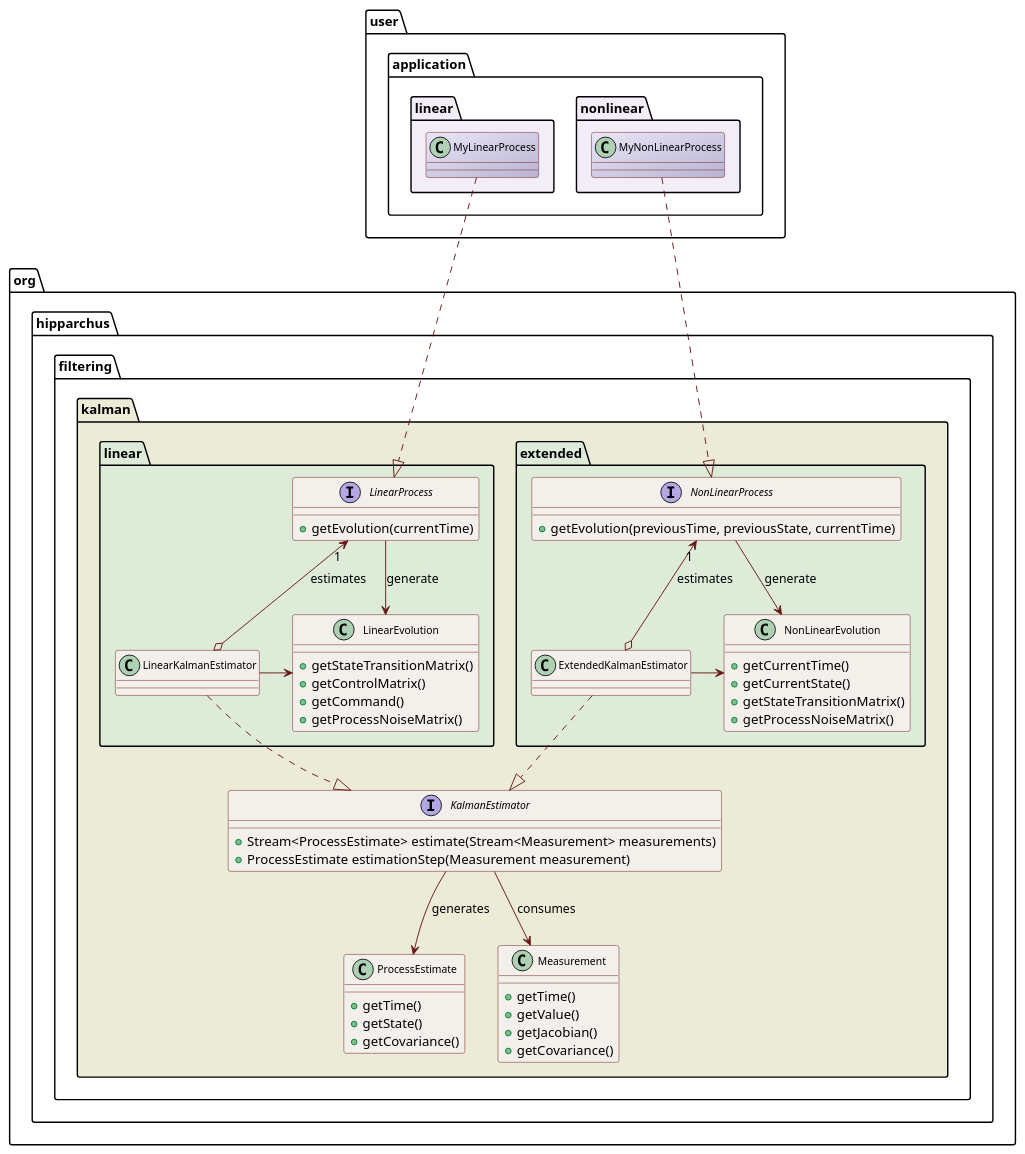
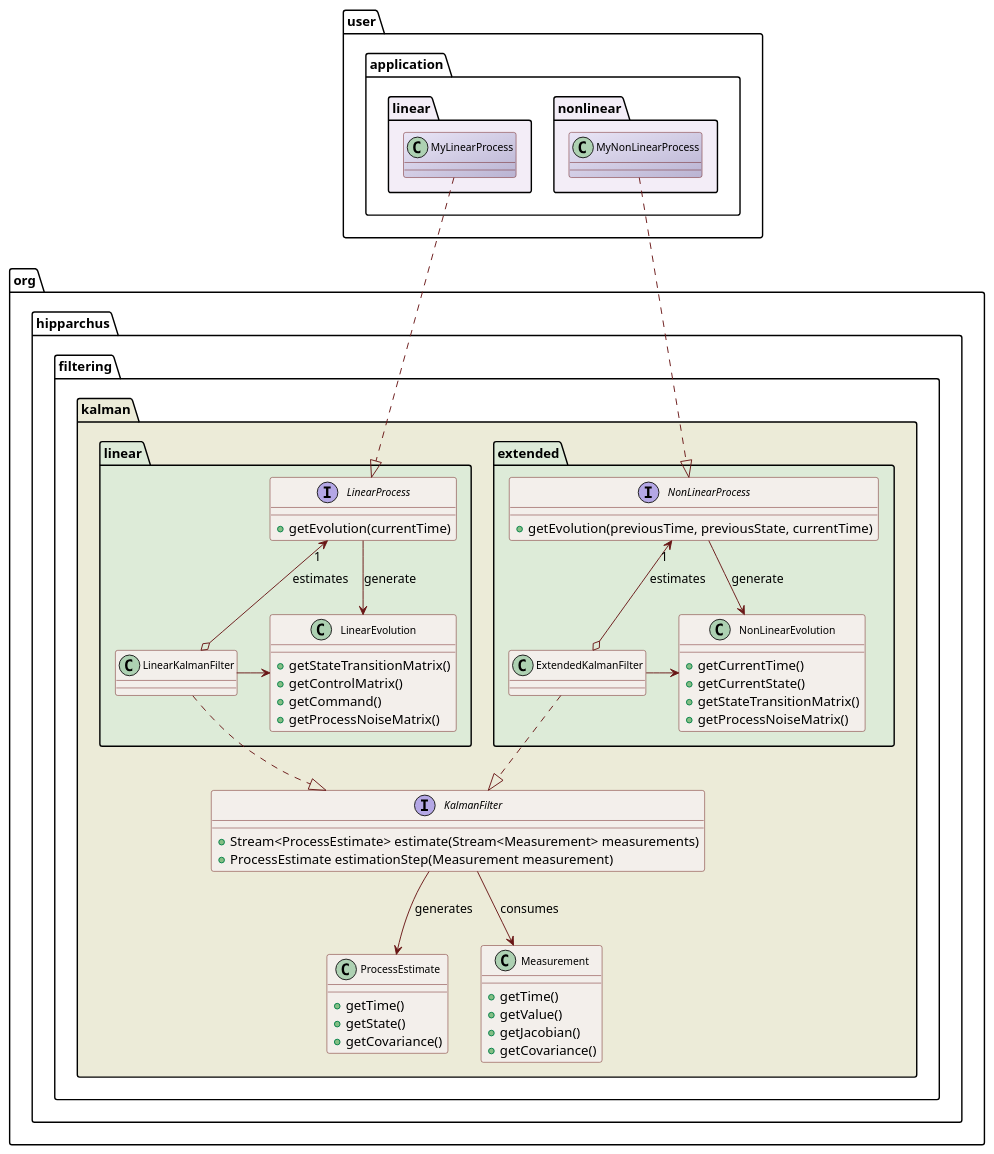
Before and after one commit to Hipparchus-Math/hipparchus: the diagram in src/site/design/kalman.puml, drawn with PlantUML. The commit also changed 8 other files, not shown here.

Commit message:
Renamed KalmanEstimator into KalmanFilter.

```diff
--- a/src/site/design/kalman.puml
+++ b/src/site/design/kalman.puml
@@ -16,91 +16,91 @@
 @startuml
 
   skinparam svek                  true
   skinparam ClassBackgroundColor  #F3EFEB
   skinparam ClassArrowColor       #691616
   skinparam ClassBorderColor      #691616
   skinparam NoteBackgroundColor   #F3EFEB
   skinparam NoteBorderColor       #691616
   skinparam NoteFontColor         #691616
   skinparam ClassFontSize         11
 
   package org.hipparchus.filtering.kalman #ECEBD8 {
 
       class ProcessEstimate {
         +getTime()
         +getState()
         +getCovariance()
       }
 
       class Measurement {
         +getTime()
         +getValue()
         +getJacobian()
         +getCovariance()
       }
 
-      interface KalmanEstimator {
+      interface KalmanFilter {
         +Stream<ProcessEstimate> estimate(Stream<Measurement> measurements)
         +ProcessEstimate estimationStep(Measurement measurement)
       }
 
-      KalmanEstimator --> Measurement     : consumes
-      KalmanEstimator --> ProcessEstimate : generates
+      KalmanFilter --> Measurement     : consumes
+      KalmanFilter --> ProcessEstimate : generates
 
       package linear #DDEBD8 {
           class LinearEvolution {
             +getStateTransitionMatrix()
             +getControlMatrix()
             +getCommand()
             +getProcessNoiseMatrix()
           }
 
           interface LinearProcess {
             +getEvolution(currentTime)
           }
 
-          class LinearKalmanEstimator
+          class LinearKalmanFilter
 
-          LinearProcess    "1" <--o LinearKalmanEstimator : estimates
+          LinearProcess    "1" <--o LinearKalmanFilter : estimates
           LinearProcess --> LinearEvolution : generate
-          LinearKalmanEstimator ..|> KalmanEstimator
-          LinearEvolution <-left- LinearKalmanEstimator
+          LinearKalmanFilter ..|> KalmanFilter
+          LinearEvolution <-left- LinearKalmanFilter
 
       }
 
       package extended #DDEBD8 {
 
           class NonLinearEvolution {
             +getCurrentTime()
             +getCurrentState()
             +getStateTransitionMatrix()
             +getProcessNoiseMatrix()
           }
 
           interface NonLinearProcess {
             +getEvolution(previousTime, previousState, currentTime)
           }
 
-          class ExtendedKalmanEstimator
+          class ExtendedKalmanFilter
 
-          NonLinearProcess "1" <--o ExtendedKalmanEstimator : estimates
+          NonLinearProcess "1" <--o ExtendedKalmanFilter : estimates
           NonLinearProcess --> NonLinearEvolution : generate
-          ExtendedKalmanEstimator ..|> KalmanEstimator
-          ExtendedKalmanEstimator -right-> NonLinearEvolution
+          ExtendedKalmanFilter ..|> KalmanFilter
+          ExtendedKalmanFilter -right-> NonLinearEvolution
 
       }
 
 
   }
 
   package user.application.linear #F3EDF7 {
     class MyLinearProcess #EAE6F7/B9B3D2
     MyLinearProcess ..|> LinearProcess
   }
 
   package user.application.nonlinear #F3EDF7 {
     class MyNonLinearProcess #EAE6F7/B9B3D2
     MyNonLinearProcess ..|> NonLinearProcess
   }
 
 @enduml
```
